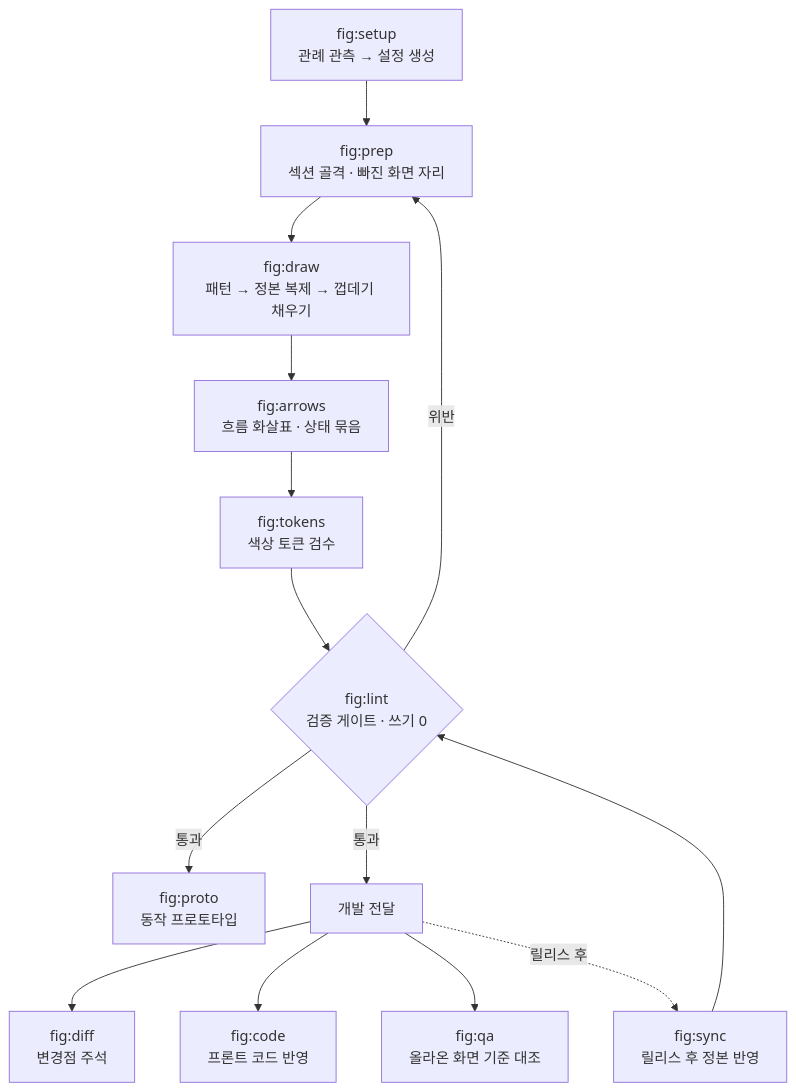
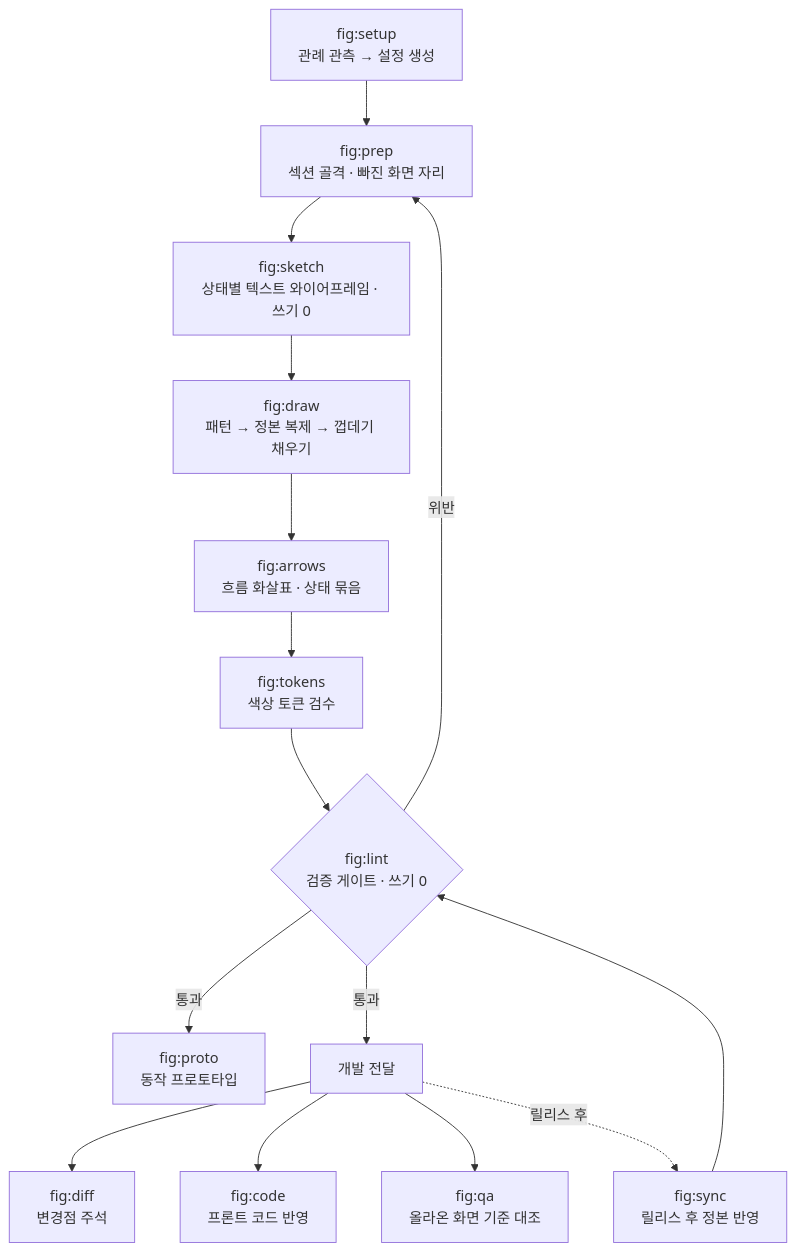
One commit to byjunyoung/claude-product-skills changed the diagram in README.ko.md. Above: the diagram before and after it, drawn with Mermaid. The commit also changed other lines of this file and 6 other files, not shown here.

First line of the commit message:
feat(fig): 방향 합의 단계를 /fig:sketch로 떼어 낸다 (3.25.0)

````diff
--- a/README.ko.md
+++ b/README.ko.md
@@ -310,25 +313,26 @@
 ```mermaid
 flowchart TD
     setup["fig:setup<br/>관례 관측 → 설정 생성"]
     prep["fig:prep<br/>섹션 골격 · 빠진 화면 자리"]
+    sketch["fig:sketch<br/>상태별 텍스트 와이어프레임 · 쓰기 0"]
     draw["fig:draw<br/>패턴 → 정본 복제 → 껍데기 채우기"]
     arrows["fig:arrows<br/>흐름 화살표 · 상태 묶음"]
     tokens["fig:tokens<br/>색상 토큰 검수"]
     lint{"fig:lint<br/>검증 게이트 · 쓰기 0"}
     proto["fig:proto<br/>동작 프로토타입"]
     handoff["개발 전달"]
     diff["fig:diff<br/>변경점 주석"]
     code["fig:code<br/>프론트 코드 반영"]
     sync["fig:sync<br/>릴리스 후 정본 반영"]
     qa["fig:qa<br/>올라온 화면 기준 대조"]
 
-    setup --> prep --> draw --> arrows --> tokens --> lint
+    setup --> prep --> sketch --> draw --> arrows --> tokens --> lint
     lint -- 위반 --> prep
     lint -- 통과 --> proto
     lint -- 통과 --> handoff
     handoff --> diff
     handoff --> code
     handoff --> qa
     handoff -. 릴리스 후 .-> sync
     sync --> lint
 ```
````
